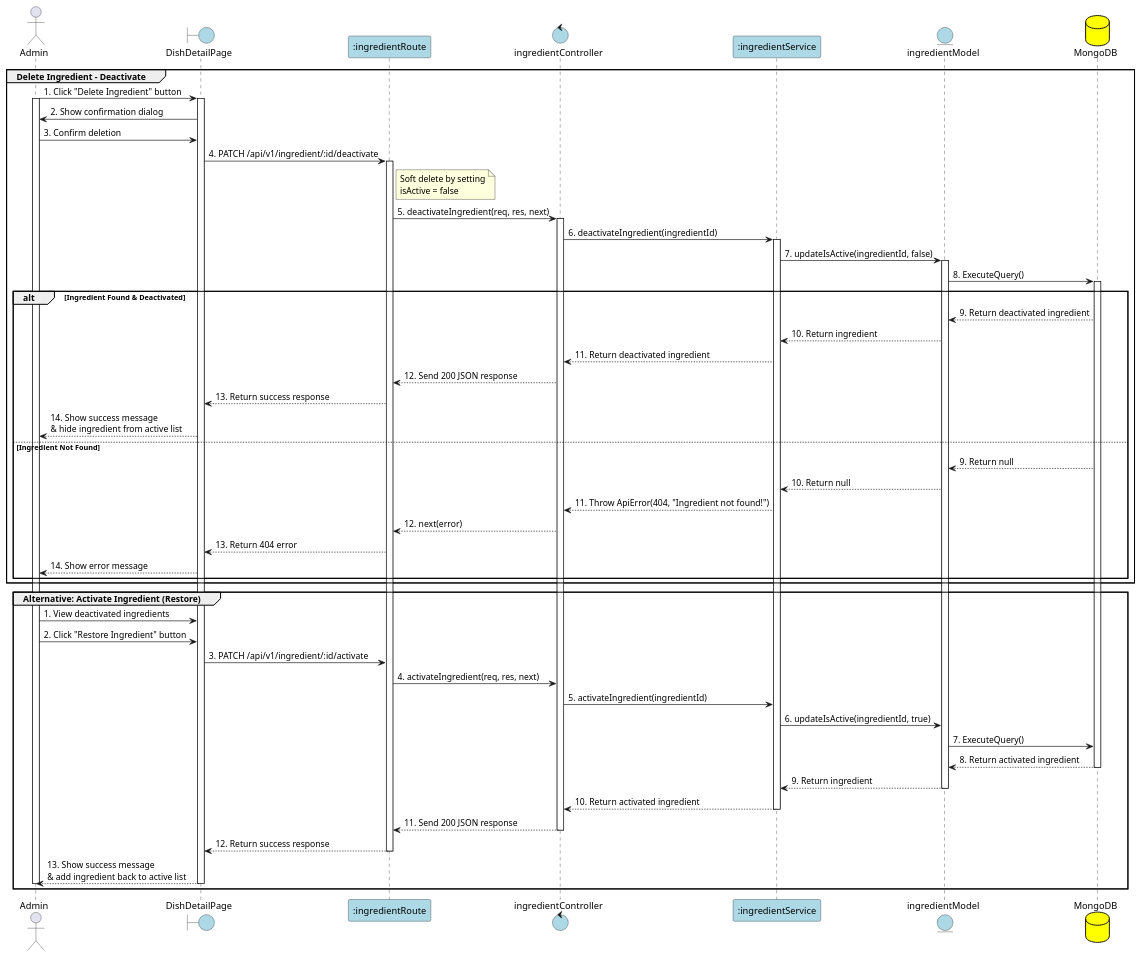
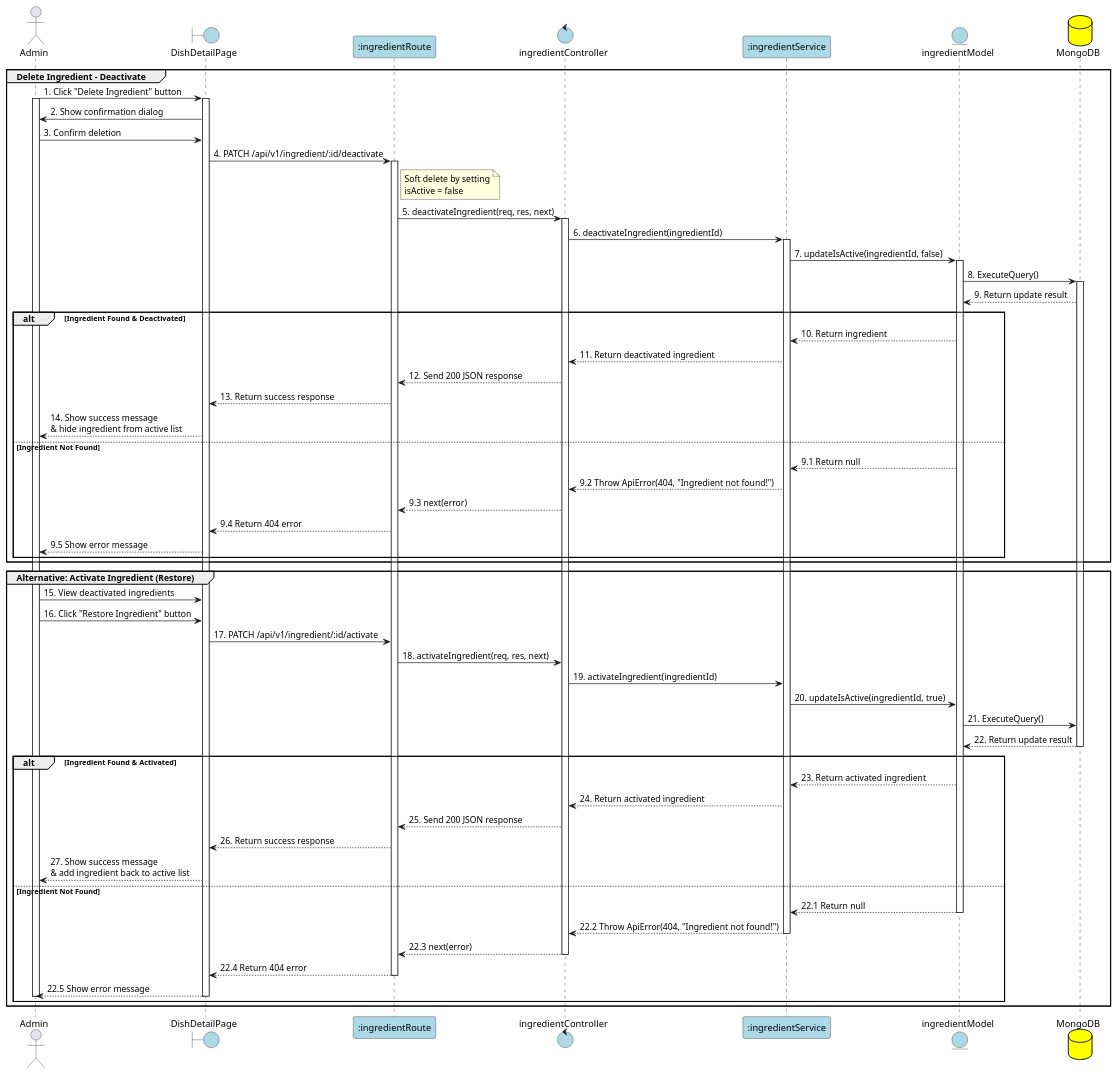
The diagram in PlanUML/26_DeleteIngredient.puml (Aohkne/CaloCook), drawn with PlantUML before and after one commit. The commit also changed 6 other files, not shown here.

```diff
--- a/PlanUML/26_DeleteIngredient.puml
+++ b/PlanUML/26_DeleteIngredient.puml
@@ -1,103 +1,113 @@
 @startuml DeleteIngredient
 
 actor "Admin" as Admin
 boundary "DishDetailPage" as View #lightblue
 participant ":ingredientRoute" as Route #lightblue
 control "ingredientController" as Controller #lightblue
 participant ":ingredientService" as Service #lightblue
 entity "ingredientModel" as IngredientModel #lightblue
 database "MongoDB" as MongoDB #yellow
 
 group Delete Ingredient - Deactivate
 
 Admin -> View: 1. Click "Delete Ingredient" button
 activate Admin
 activate View
 
 View -> Admin: 2. Show confirmation dialog
 
 Admin -> View: 3. Confirm deletion
 View -> Route: 4. PATCH /api/v1/ingredient/:id/deactivate
 activate Route
 
 note right of Route: Soft delete by setting\nisActive = false
 
 Route -> Controller: 5. deactivateIngredient(req, res, next)
 activate Controller
 
 Controller -> Service: 6. deactivateIngredient(ingredientId)
 activate Service
 
 Service -> IngredientModel: 7. updateIsActive(ingredientId, false)
 activate IngredientModel
 
 IngredientModel -> MongoDB: 8. ExecuteQuery()
 activate MongoDB
+MongoDB --> IngredientModel: 9. Return update result
 
 alt Ingredient Found & Deactivated
-    MongoDB --> IngredientModel: 9. Return deactivated ingredient
-    
     IngredientModel --> Service: 10. Return ingredient
     
     Service --> Controller: 11. Return deactivated ingredient
     
     Controller --> Route: 12. Send 200 JSON response
     
     Route --> View: 13. Return success response
     
     View --> Admin: 14. Show success message\n& hide ingredient from active list
     
 else Ingredient Not Found
-    MongoDB --> IngredientModel: 9. Return null
+    IngredientModel --> Service: 9.1 Return null
     
-    IngredientModel --> Service: 10. Return null
+    Service --> Controller: 9.2 Throw ApiError(404, "Ingredient not found!")
     
-    Service --> Controller: 11. Throw ApiError(404, "Ingredient not found!")
+    Controller --> Route: 9.3 next(error)
     
-    Controller --> Route: 12. next(error)
+    Route --> View: 9.4 Return 404 error
     
-    Route --> View: 13. Return 404 error
-    
-    View --> Admin: 14. Show error message
+    View --> Admin: 9.5 Show error message
 end
 
 end
 
 group Alternative: Activate Ingredient (Restore)
 
-Admin -> View: 1. View deactivated ingredients
+Admin -> View: 15. View deactivated ingredients
 
-Admin -> View: 2. Click "Restore Ingredient" button
+Admin -> View: 16. Click "Restore Ingredient" button
 
-View -> Route: 3. PATCH /api/v1/ingredient/:id/activate
+View -> Route: 17. PATCH /api/v1/ingredient/:id/activate
 
-Route -> Controller: 4. activateIngredient(req, res, next)
+Route -> Controller: 18. activateIngredient(req, res, next)
 
-Controller -> Service: 5. activateIngredient(ingredientId)
+Controller -> Service: 19. activateIngredient(ingredientId)
 
-Service -> IngredientModel: 6. updateIsActive(ingredientId, true)
+Service -> IngredientModel: 20. updateIsActive(ingredientId, true)
 
-IngredientModel -> MongoDB: 7. ExecuteQuery()
+IngredientModel -> MongoDB: 21. ExecuteQuery()
 
-MongoDB --> IngredientModel: 8. Return activated ingredient
+MongoDB --> IngredientModel: 22. Return update result
 deactivate MongoDB
 
-IngredientModel --> Service: 9. Return ingredient
-deactivate IngredientModel
+alt Ingredient Found & Activated
+    IngredientModel --> Service: 23. Return activated ingredient
 
-Service --> Controller: 10. Return activated ingredient
-deactivate Service
+    Service --> Controller: 24. Return activated ingredient
 
-Controller --> Route: 11. Send 200 JSON response
-deactivate Controller
+    Controller --> Route: 25. Send 200 JSON response
 
-Route --> View: 12. Return success response
-deactivate Route
+    Route --> View: 26. Return success response
 
-View --> Admin: 13. Show success message\n& add ingredient back to active list
-deactivate Admin
-deactivate View
+    View --> Admin: 27. Show success message\n& add ingredient back to active list
+
+else Ingredient Not Found
+    IngredientModel --> Service: 22.1 Return null
+    deactivate IngredientModel
+    
+    Service --> Controller: 22.2 Throw ApiError(404, "Ingredient not found!")
+    deactivate Service
+    
+    Controller --> Route: 22.3 next(error)
+    deactivate Controller
+    
+    Route --> View: 22.4 Return 404 error
+    deactivate Route
+    
+    View --> Admin: 22.5 Show error message
+    deactivate View
+    deactivate Admin
+end
 
 end
 
 @enduml
```
